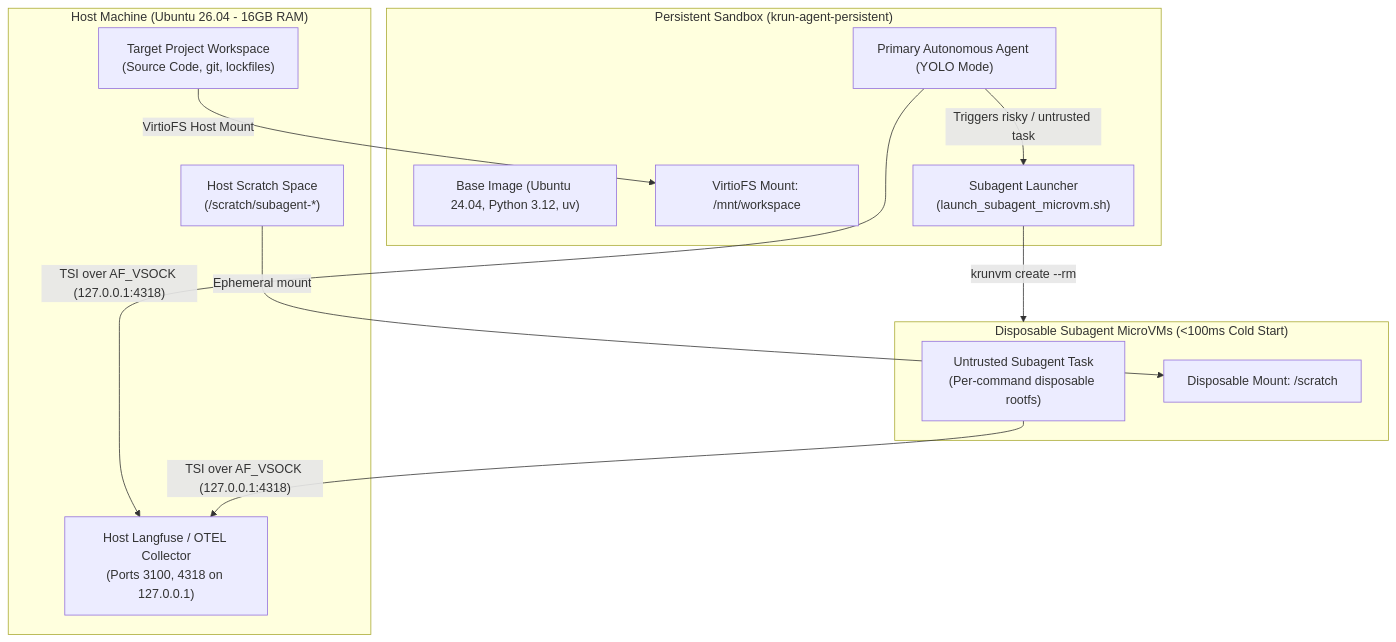
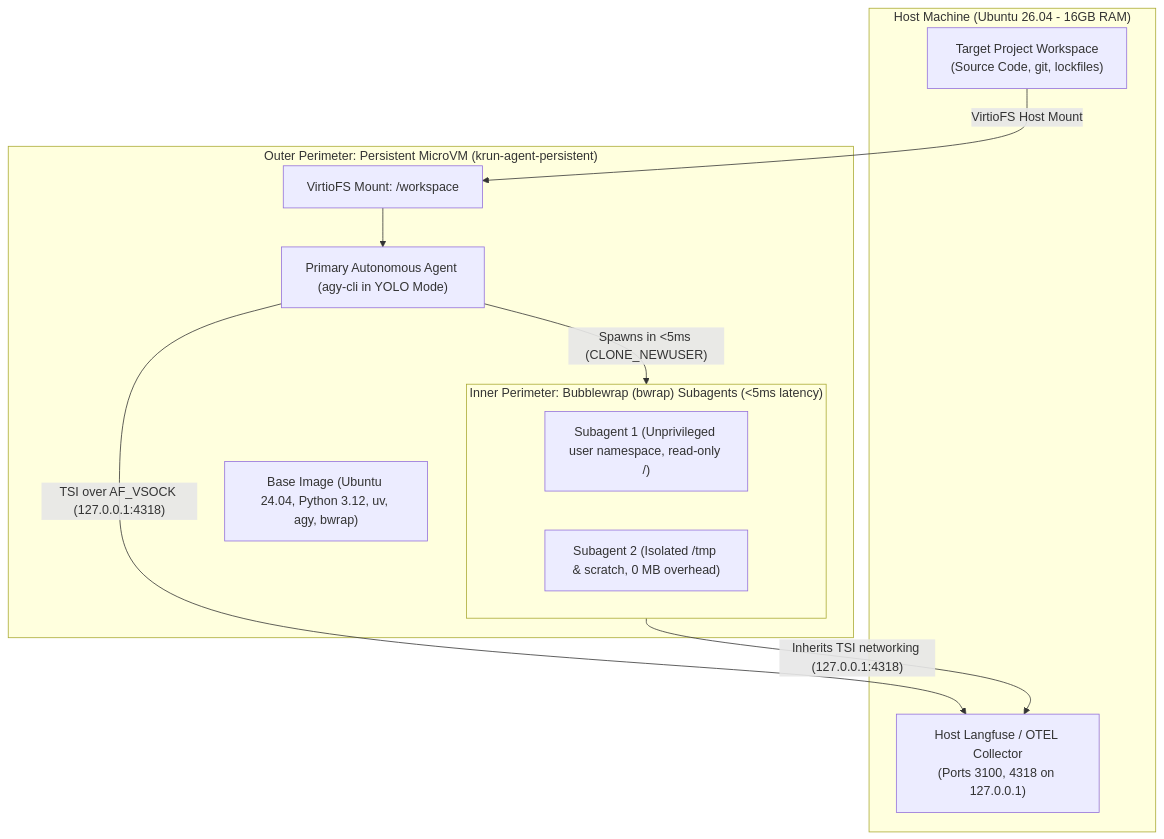
The diagram in README.md (VincentChong123/krunvm), drawn with Mermaid before and after one commit. The commit also changed other lines of this file, not shown here.

First line of the commit message:
docs(readme): document in-vm bubblewrap subagent architecture

````diff
--- a/README.md
+++ b/README.md
@@ -18,27 +19,24 @@
 ```mermaid
 flowchart TD
     subgraph Host["Host Machine (Ubuntu 26.04 - 16GB RAM)"]
         H_Proj["Target Project Workspace\n(Source Code, git, lockfiles)"]
         H_LF["Host Langfuse / OTEL Collector\n(Ports 3100, 4318 on 127.0.0.1)"]
-        H_Scratch["Host Scratch Space\n(/scratch/subagent-*)"]
     end
 
-    subgraph PersistentVM["Persistent Sandbox (krun-agent-persistent)"]
-        P_Init["Base Image (Ubuntu 24.04, Python 3.12, uv)"]
-        P_Mount["VirtioFS Mount: /mnt/workspace"]
-        P_Agent["Primary Autonomous Agent (YOLO Mode)"]
-        P_Launcher["Subagent Launcher\n(launch_subagent_microvm.sh)"]
-    end
+    subgraph PersistentVM["Outer Perimeter: Persistent MicroVM (krun-agent-persistent)"]
+        P_Init["Base Image (Ubuntu 24.04, Python 3.12, uv, agy, bwrap)"]
+        P_Mount["VirtioFS Mount: /workspace"]
+        P_Agent["Primary Autonomous Agent (agy-cli in YOLO Mode)"]
 
-    subgraph EphemeralVM["Disposable Subagent MicroVMs (<100ms Cold Start)"]
-        E_Sub["Untrusted Subagent Task\n(Per-command disposable rootfs)"]
-        E_Mount["Disposable Mount: /scratch"]
+        subgraph InnerBoundary["Inner Perimeter: Bubblewrap (bwrap) Subagents (<5ms latency)"]
+            B_Sub1["Subagent 1 (Unprivileged user namespace, read-only /)"]
+            B_Sub2["Subagent 2 (Isolated /tmp & scratch, 0 MB overhead)"]
+        end
     end
 
     H_Proj -- "VirtioFS Host Mount" --> P_Mount
-    P_Agent -- "Triggers risky / untrusted task" --> P_Launcher
-    P_Launcher -- "krunvm create --rm" --> EphemeralVM
-    H_Scratch -- "Ephemeral mount" --> E_Mount
+    P_Mount --> P_Agent
+    P_Agent -- "Spawns in <5ms (CLONE_NEWUSER)" --> InnerBoundary
     P_Agent -- "TSI over AF_VSOCK (127.0.0.1:4318)" --> H_LF
-    E_Sub -- "TSI over AF_VSOCK (127.0.0.1:4318)" --> H_LF
+    InnerBoundary -- "Inherits TSI networking (127.0.0.1:4318)" --> H_LF
 ```
````
